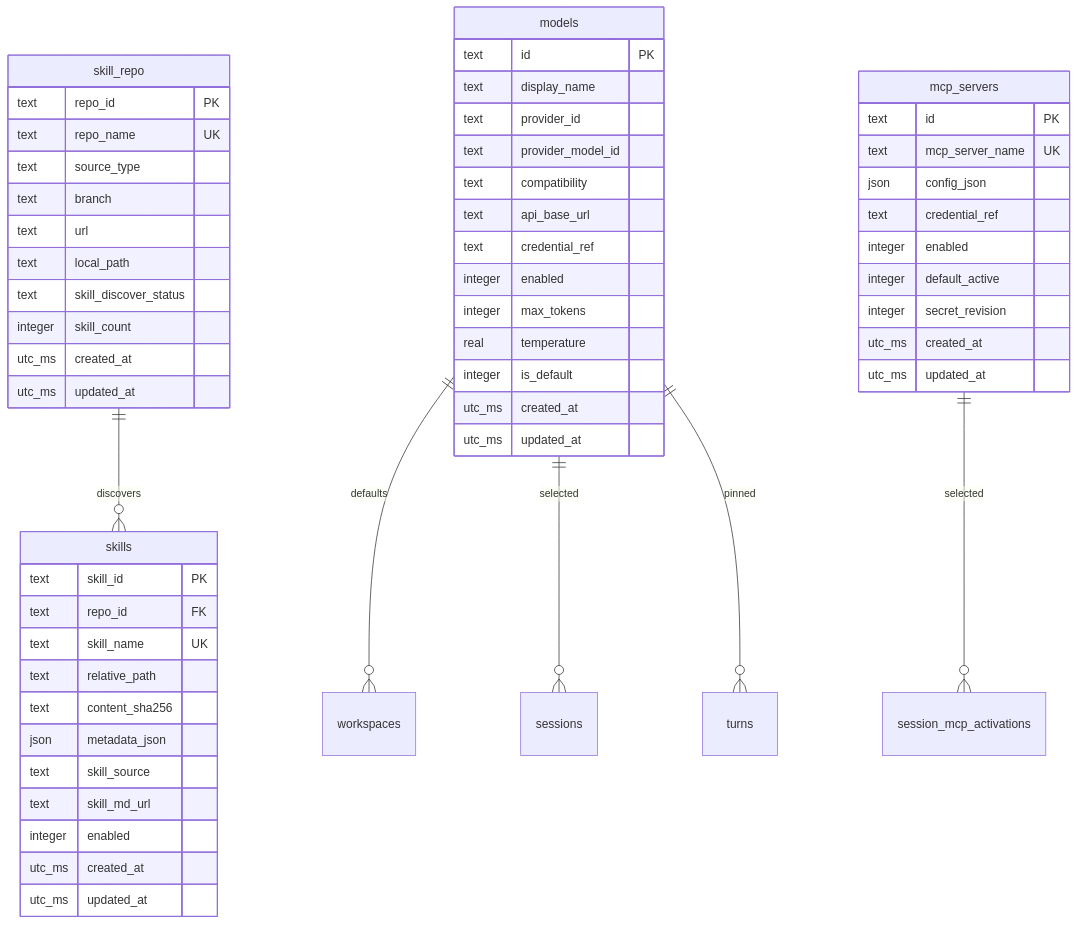
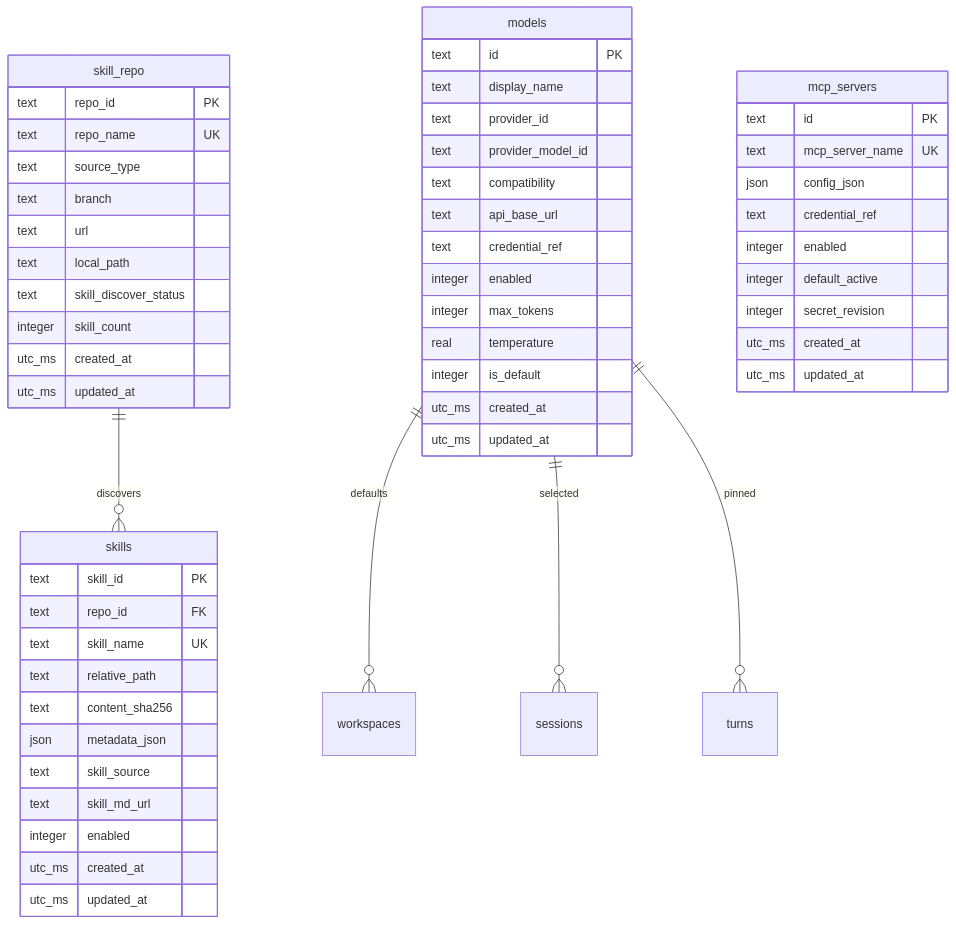
Before and after one commit to openeuler-mirror/witty-service: the second of 4 diagrams in docs/database-model-design.md, drawn with Mermaid. The commit also changed other lines of this file and 9 other files, not shown here.

First line of the commit message:
refactor(contract): 移除 Session MCP 激活并对齐 C02/D01

````diff
--- a/docs/database-model-design.md
+++ b/docs/database-model-design.md
@@ -438,60 +415,58 @@
 ```mermaid
 erDiagram
     skill_repo ||--o{ skills : discovers
     models ||--o{ workspaces : defaults
     models ||--o{ sessions : selected
     models ||--o{ turns : pinned
-    mcp_servers ||--o{ session_mcp_activations : selected
-
     models {
         text id PK
         text display_name
         text provider_id
         text provider_model_id
         text compatibility
         text api_base_url
         text credential_ref
         integer enabled
         integer max_tokens
         real temperature
         integer is_default
         utc_ms created_at
         utc_ms updated_at
     }
     skill_repo {
         text repo_id PK
         text repo_name UK
         text source_type
         text branch
         text url
         text local_path
         text skill_discover_status
         integer skill_count
         utc_ms created_at
         utc_ms updated_at
     }
     skills {
         text skill_id PK
         text repo_id FK
         text skill_name UK
         text relative_path
         text content_sha256
         json metadata_json
         text skill_source
         text skill_md_url
         integer enabled
         utc_ms created_at
         utc_ms updated_at
     }
     mcp_servers {
         text id PK
         text mcp_server_name UK
         json config_json
         text credential_ref
         integer enabled
         integer default_active
         integer secret_revision
         utc_ms created_at
         utc_ms updated_at
     }
 ```
````
